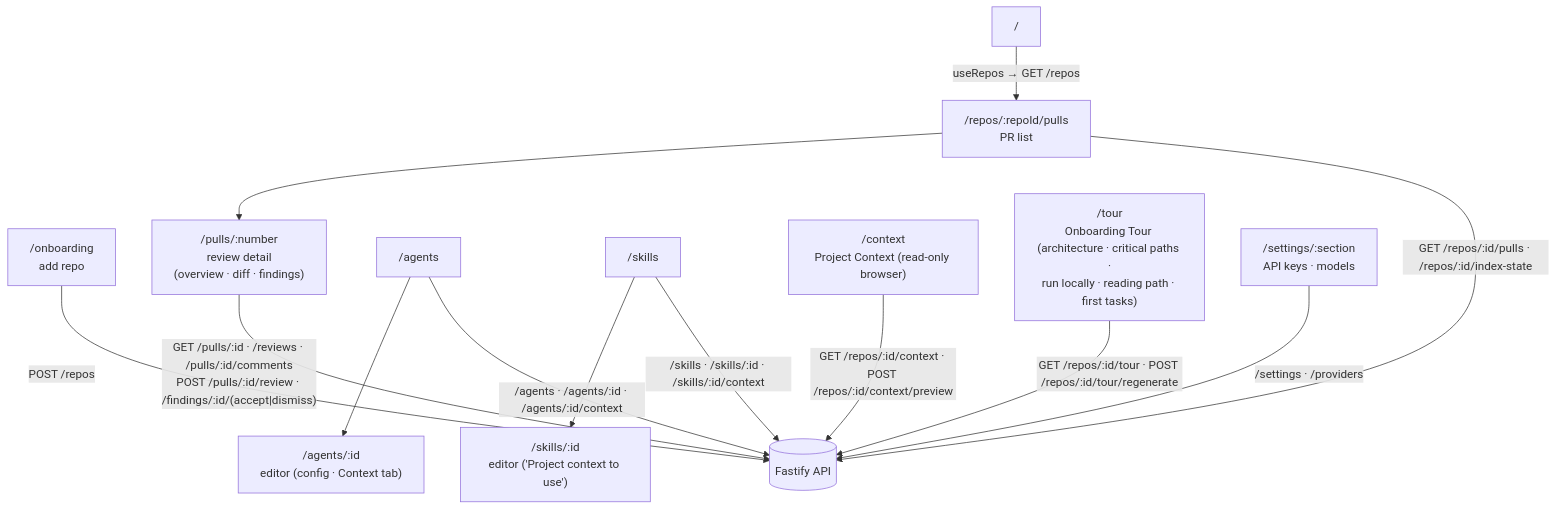
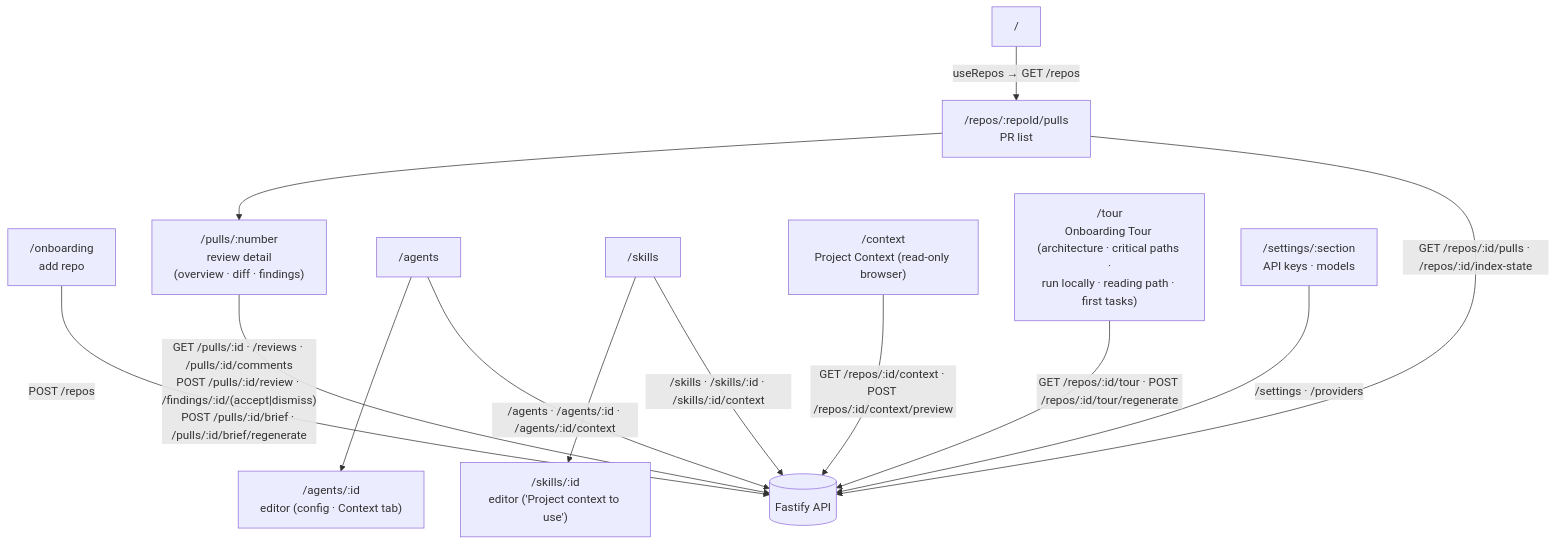
One commit to agent-marat-khasanov/dev-digest changed the diagram in client/README.md. Above: the diagram before and after it, drawn with Mermaid. The commit also changed 3 other files, not shown here.

````diff
--- a/client/README.md
+++ b/client/README.md
@@ -24,20 +24,20 @@
 ```mermaid
 flowchart TD
   ROOT["/"] -->|"useRepos → GET /repos"| PULLS["/repos/:repoId/pulls<br/>PR list"]
   ONB["/onboarding<br/>add repo"] -->|"POST /repos"| API[("Fastify API")]
   PULLS --> PR["/pulls/:number<br/>review detail<br/>(overview · diff · findings)"]
 
   AGENTS["/agents"] --> AGENT["/agents/:id<br/>editor (config · Context tab)"]
   SKILLS["/skills"] --> SKILL["/skills/:id<br/>editor ('Project context to use')"]
   CONTEXT["/context<br/>Project Context (read-only browser)"]
   TOUR["/tour<br/>Onboarding Tour (architecture · critical paths ·<br/>run locally · reading path · first tasks)"]
   SETTINGS["/settings/:section<br/>API keys · models"]
 
   PULLS -->|"GET /repos/:id/pulls · /repos/:id/index-state"| API
-  PR -->|"GET /pulls/:id · /reviews · /pulls/:id/comments<br/>POST /pulls/:id/review · /findings/:id/(accept|dismiss)"| API
+  PR -->|"GET /pulls/:id · /reviews · /pulls/:id/comments<br/>POST /pulls/:id/review · /findings/:id/(accept|dismiss)<br/>POST /pulls/:id/brief · /pulls/:id/brief/regenerate"| API
   AGENTS -->|"/agents · /agents/:id · /agents/:id/context"| API
   SKILLS -->|"/skills · /skills/:id · /skills/:id/context"| API
   CONTEXT -->|"GET /repos/:id/context · POST /repos/:id/context/preview"| API
   TOUR -->|"GET /repos/:id/tour · POST /repos/:id/tour/regenerate"| API
   SETTINGS -->|"/settings · /providers"| API
 ```
````
